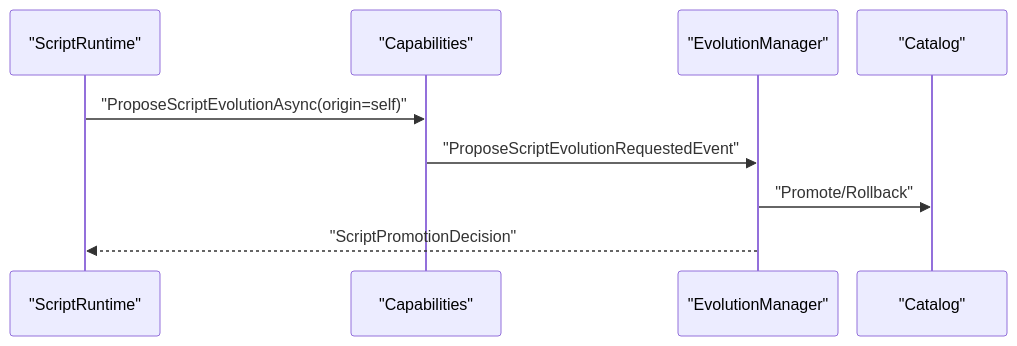
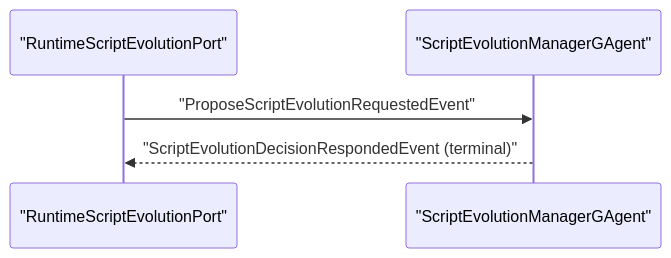
Before and after one commit to aevatarAI/aevatar: the second of 2 diagrams in docs/architecture/scripting-autonomous-evolution-architecture-change-2026-03-02.md, drawn with Mermaid. The commit also changed other lines of this file and 15 other files, not shown here.

First line of the commit message:
Update Aevatar.Scripting architecture documentation and implement new event-driven features

````diff
--- a/docs/architecture/scripting-autonomous-evolution-architecture-change-2026-03-02.md
+++ b/docs/architecture/scripting-autonomous-evolution-architecture-change-2026-03-02.md
@@ -182,13 +110,9 @@
 ```mermaid
 %%{init: {"maxTextSize": 100000, "flowchart": {"useMaxWidth": false, "nodeSpacing": 10, "rankSpacing": 50}, "sequence": {"useMaxWidth": false, "actorMargin": 16, "messageMargin": 12, "diagramMarginX": 20, "diagramMarginY": 10}, "themeVariables": {"fontSize": "10px"}}}%%
 sequenceDiagram
-    participant RT as "ScriptRuntime"
-    participant CAP as "Capabilities"
-    participant EVO as "EvolutionManager"
-    participant CAT as "Catalog"
+    participant PORT as "RuntimeScriptEvolutionPort"
+    participant EVO as "ScriptEvolutionManagerGAgent"
 
-    RT->>CAP: "ProposeScriptEvolutionAsync(origin=self)"
-    CAP->>EVO: "ProposeScriptEvolutionRequestedEvent"
-    EVO->>CAT: "Promote/Rollback"
-    EVO-->>RT: "ScriptPromotionDecision"
+    PORT->>EVO: "ProposeScriptEvolutionRequestedEvent"
+    EVO-->>PORT: "ScriptEvolutionDecisionRespondedEvent (terminal)"
 ```
````
